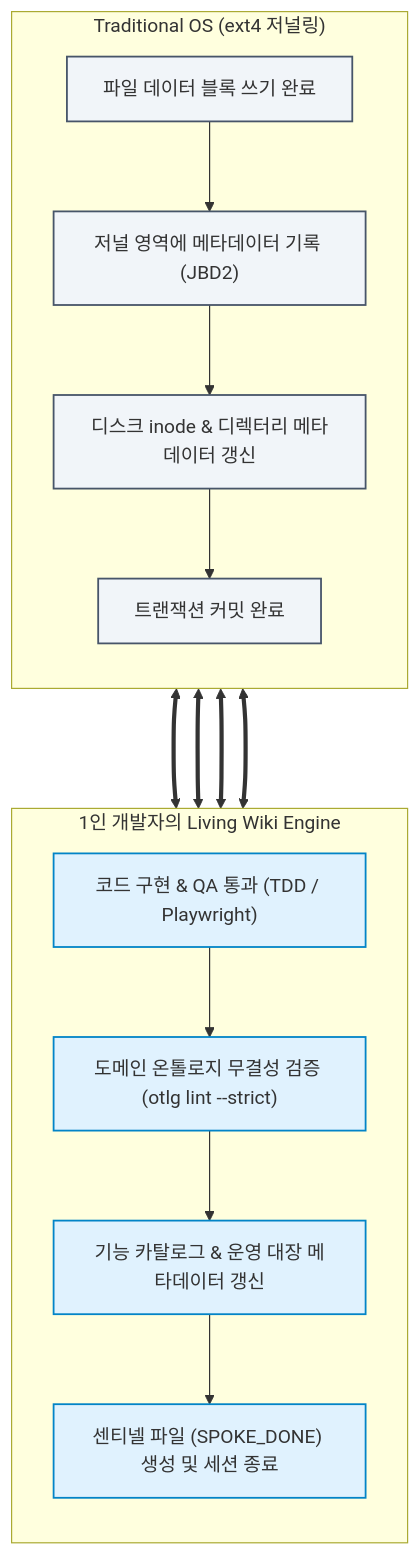
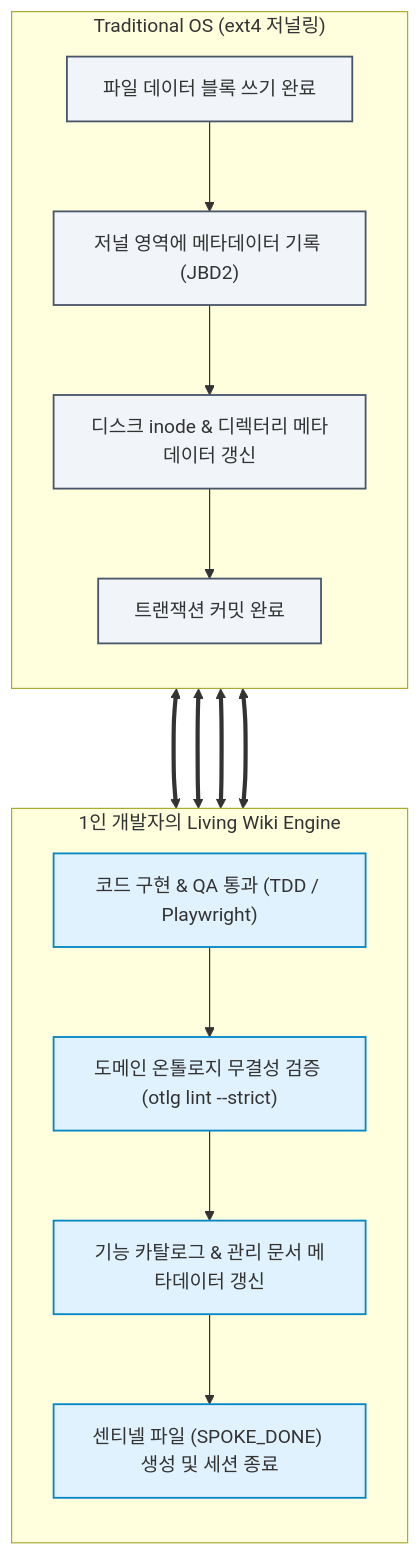
The first of 2 diagrams in _posts/tech/ontology-engineering/6 문서는 스스로 숨 쉰다.md (tomato-vault/tomato-vault.github.io), drawn with Mermaid before and after one commit. The commit also changed other lines of this file and 24 other files, not shown here.

````diff
--- a/_posts/tech/ontology-engineering/6 문서는 스스로 숨 쉰다.md
+++ b/_posts/tech/ontology-engineering/6 문서는 스스로 숨 쉰다.md
@@ -114,23 +114,23 @@
 ```mermaid
 flowchart TB
     subgraph KERNEL ["Traditional OS (ext4 저널링)"]
         direction TB
         K1["파일 데이터 블록 쓰기 완료"] --> K2["저널 영역에 메타데이터 기록 (JBD2)"]
         K2 --> K3["디스크 inode & 디렉터리 메타데이터 갱신"]
         K3 --> K4["트랜잭션 커밋 완료"]
     end
     subgraph AGENT_OS ["1인 개발자의 Living Wiki Engine"]
         direction TB
         A1["코드 구현 & QA 통과 (TDD / Playwright)"] --> A2["도메인 온톨로지 무결성 검증 (otlg lint --strict)"]
-        A2 --> A3["기능 카탈로그 & 운영 대장 메타데이터 갱신"]
+        A2 --> A3["기능 카탈로그 & 관리 문서 메타데이터 갱신"]
         A3 --> A4["센티넬 파일 (SPOKE_DONE) 생성 및 세션 종료"]
     end
     K1 <===> A1
     K2 <===> A2
     K3 <===> A3
     K4 <===> A4
     classDef kStyle fill:#f1f5f9,stroke:#475569,stroke-width:1.5px
     classDef aStyle fill:#e0f2fe,stroke:#0284c7,stroke-width:1.5px
     class K1,K2,K3,K4 kStyle
     class A1,A2,A3,A4 aStyle
 ```
````
